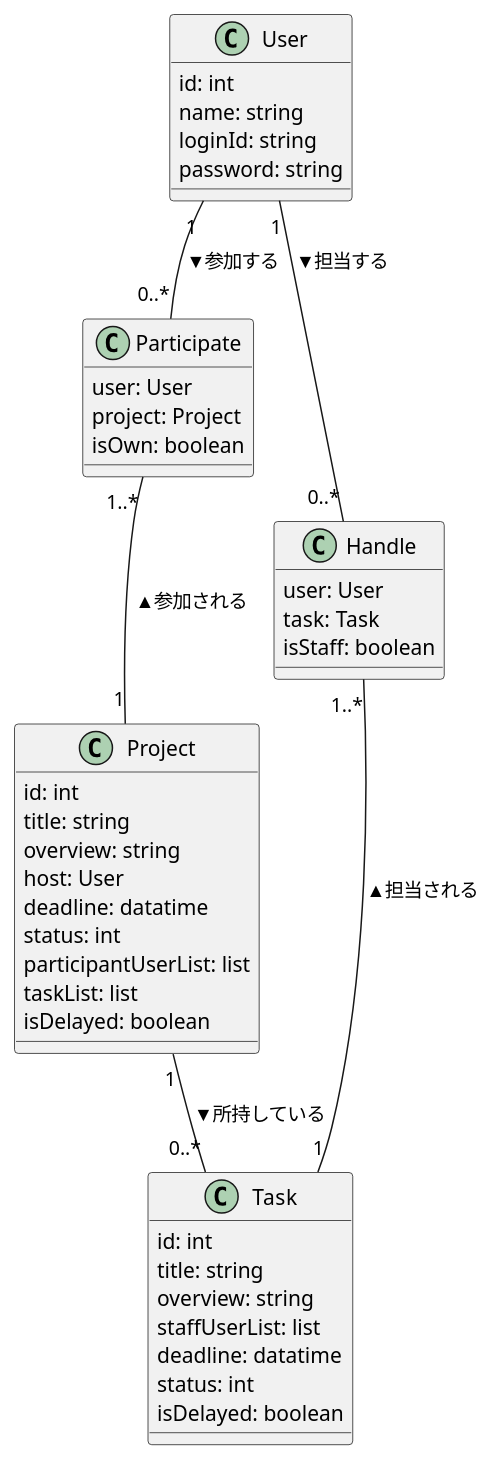
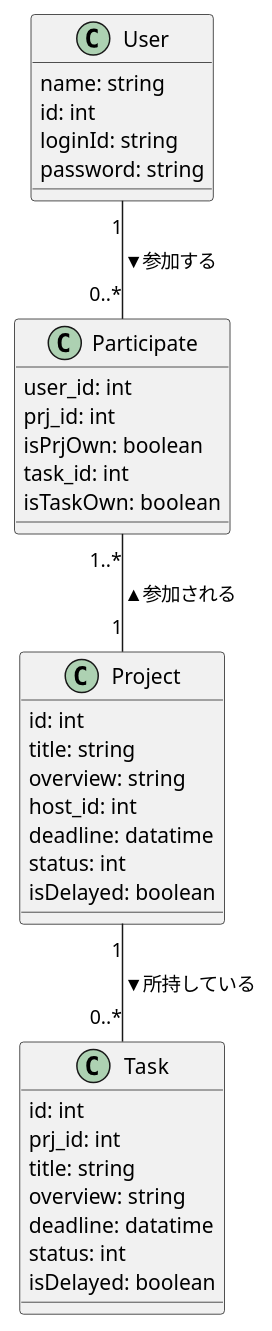
Before and after one commit to sato064/sw2020g1: the diagram in classdia.pu, drawn with PlantUML. The commit also changed 1 other file, not shown here.

```diff
--- a/classdia.pu
+++ b/classdia.pu
@@ -1,53 +1,47 @@
 @startuml
 
 
 class User{
+    name: string
     id: int
-    name: string
     loginId: string
     password: string
     }
 
 class Project{
     id: int
     title: string
     overview: string
-    host: User
+    host_id: int
     deadline: datatime
     status: int
-    participantUserList: list
-    taskList: list
     isDelayed: boolean
 }
 
 class Task{
     id: int
+    prj_id: int
     title: string
     overview: string
-    staffUserList: list
     deadline: datatime
     status: int
     isDelayed: boolean
 }
 
 class Participate{
-    user: User
-    project: Project
-    isOwn: boolean
+    user_id: int
+    prj_id: int
+    isPrjOwn: boolean
+    task_id: int
+    isTaskOwn: boolean
 }
 
-class Handle{
-    user: User
-    task: Task
-    isStaff: boolean
-}
+
 
 
 User "1"--"0..*" Participate :▼参加する
 Participate"1..*"--"1" Project :▲参加される
-User "1"--"0..*" Handle :▼担当する
-Handle"1..*"--"1" Task :▲担当される
 Project "1"--"0..*" Task :▼所持している
 
 
 @enduml
```
